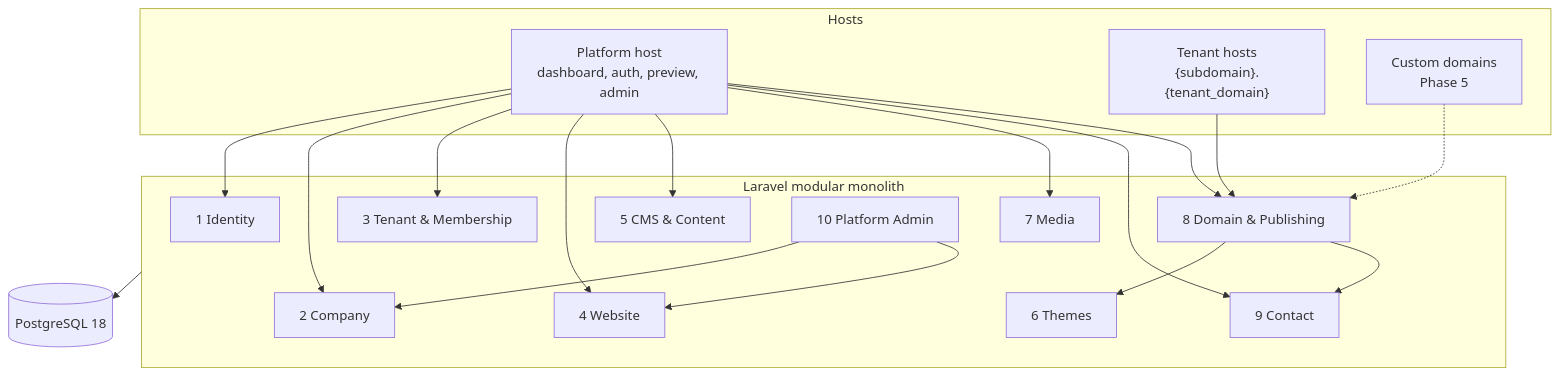
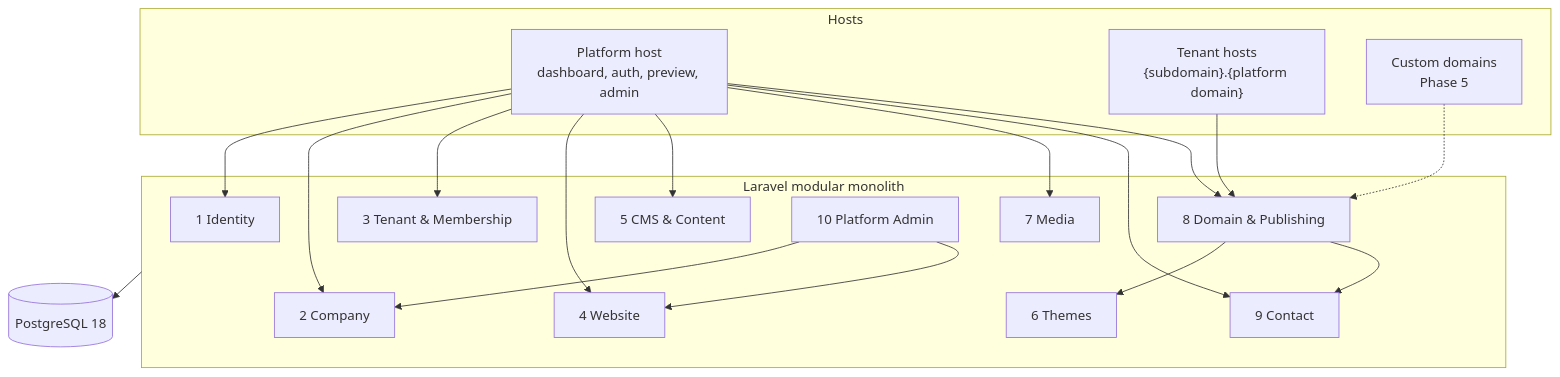
The diagram in docs/ARCHITECTURE.md (ertanergul/firmhub), drawn with Mermaid before and after one commit. The commit also changed other lines of this file and 15 other files, not shown here.

First line of the commit message:
feat(platform): constrain platform routes to the platform host and configure trusted hosts

````diff
--- a/docs/ARCHITECTURE.md
+++ b/docs/ARCHITECTURE.md
@@ -11,29 +11,29 @@
 ```mermaid
 flowchart TB
     subgraph Hosts
         PH[Platform host<br/>dashboard, auth, preview, admin]
-        TH["Tenant hosts<br/>{subdomain}.{tenant_domain}"]
+        TH["Tenant hosts<br/>{subdomain}.{platform domain}"]
         CD[Custom domains<br/>Phase 5]
     end
     subgraph App["Laravel modular monolith"]
         ID[1 Identity]
         CM[2 Company]
         TM[3 Tenant & Membership]
         WS[4 Website]
         CMS[5 CMS & Content]
         THM[6 Themes]
         MED[7 Media]
         PUB[8 Domain & Publishing]
         CON[9 Contact]
         ADM[10 Platform Admin]
     end
     DB[(PostgreSQL 18)]
     PH --> ID & CM & TM & WS & CMS & MED & CON
     PH --> PUB
     TH --> PUB
     CD -.-> PUB
     PUB --> THM
     PUB --> CON
     ADM --> CM & WS
     App --> DB
 ```
````
